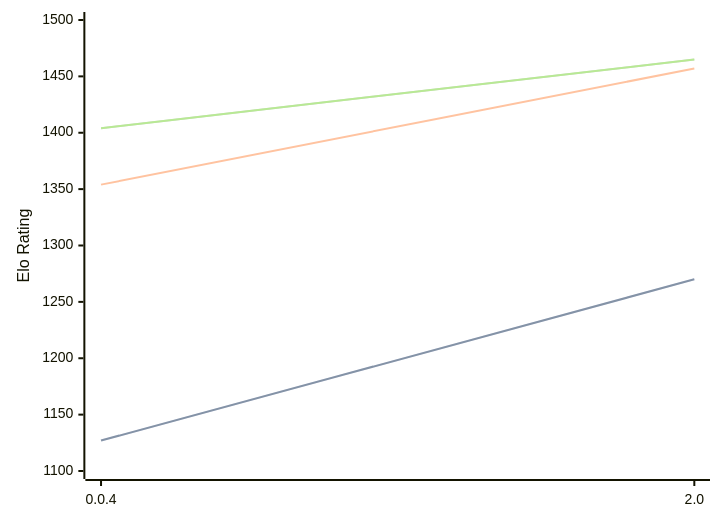
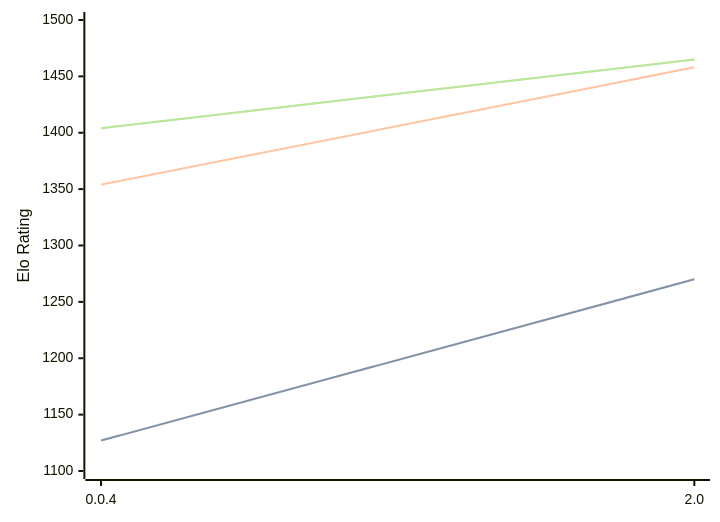
Before and after one commit to computer-chess-index/cci: the first of 3 diagrams in engines/Oops!Mate.md, drawn with Mermaid. The commit also changed other lines of this file, not shown here.

````diff
--- a/engines/Oops!Mate.md
+++ b/engines/Oops!Mate.md
@@ -52,11 +52,11 @@
 ```mermaid
 %%{init: {"theme":"base","themeVariables":{"seriesColors:['#a3a3a3','#222221','#faa371']}}}%%
 xychart-beta
   x-axis ["0.0.4", "2.0"]
   y-axis "Elo Rating" 1100 --> 1500
   line "STC (8.0+0.08s)" [1127, 1270]
   line "STC (8.0+0.08s)" [1127, 1270]
-  line "LTC (60.0+0.60s)" [1354, 1457]
+  line "LTC (60.0+0.60s)" [1354, 1458]
   line "VLTC (2m24s+1.12s)" [1404, 1465]
   line "VLTC (2m24s+1.12s)" [1404, 1465]
 ```
````
